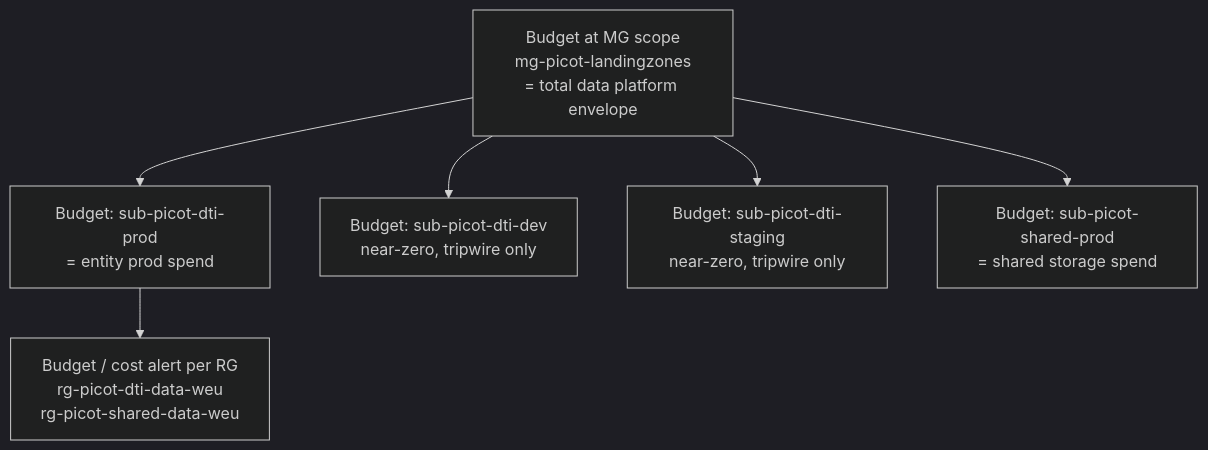
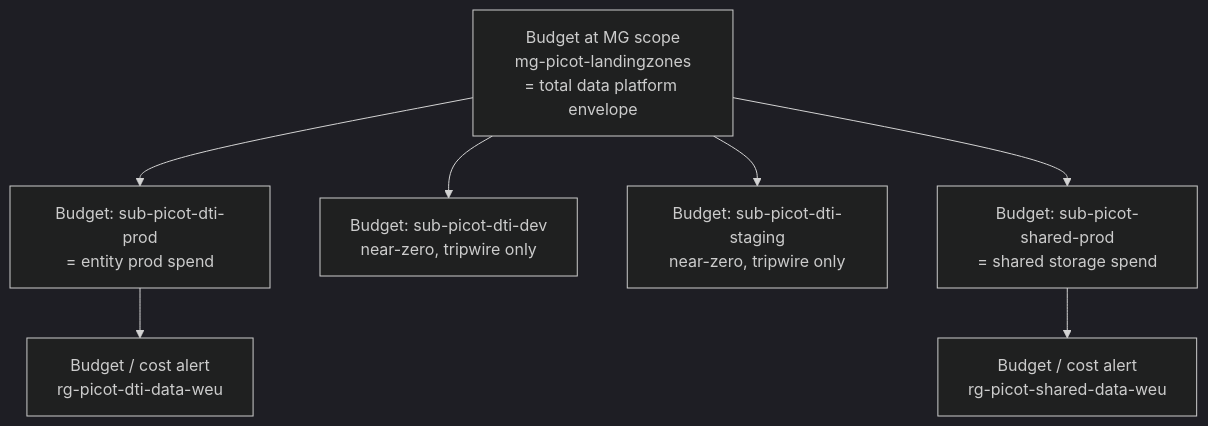
Before and after one commit to picot-data/data-platform-standards: the diagram in docs/azure-landing-zones.md, drawn with Mermaid (dark theme). The commit also changed 4 other files, not shown here.

First line of the commit message:
fix(docs): correct branch model, ADLS prefix, budget diagram

````diff
--- a/docs/azure-landing-zones.md
+++ b/docs/azure-landing-zones.md
@@ -230,15 +230,17 @@
 ```mermaid
 flowchart TD
     MG["Budget at MG scope<br/>mg-picot-landingzones<br/>= total data platform envelope"]
     SUBP["Budget: sub-picot-dti-prod<br/>= entity prod spend"]
     SUBD["Budget: sub-picot-dti-dev<br/>near-zero, tripwire only"]
     SUBS["Budget: sub-picot-dti-staging<br/>near-zero, tripwire only"]
     SUBSH["Budget: sub-picot-shared-prod<br/>= shared storage spend"]
-    RG["Budget / cost alert per RG<br/>rg-picot-dti-data-weu<br/>rg-picot-shared-data-weu"]
+    RGDTI["Budget / cost alert<br/>rg-picot-dti-data-weu"]
+    RGSH["Budget / cost alert<br/>rg-picot-shared-data-weu"]
 
     MG --> SUBP
     MG --> SUBD
     MG --> SUBS
     MG --> SUBSH
-    SUBP --> RG
+    SUBP --> RGDTI
+    SUBSH --> RGSH
 ```
````
